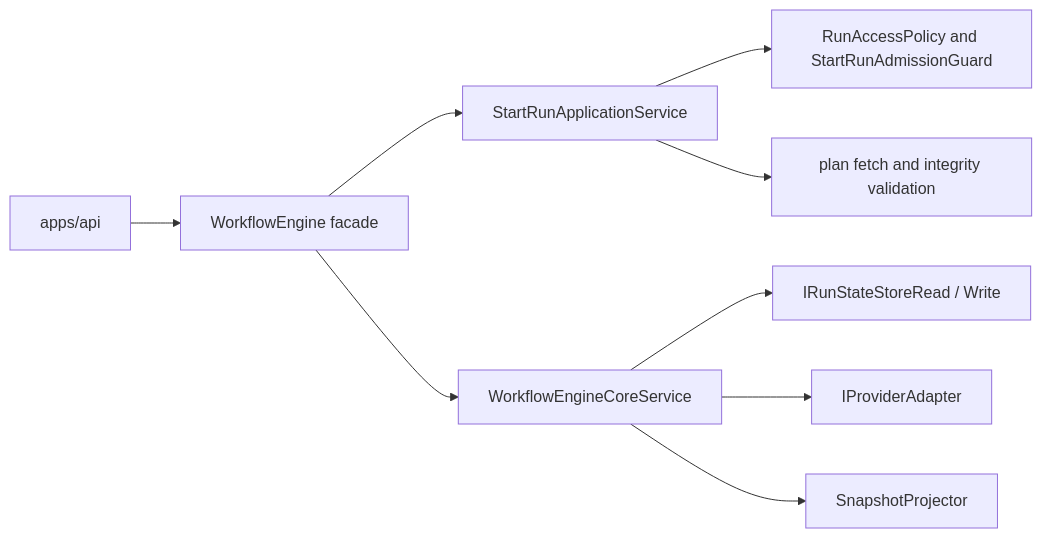
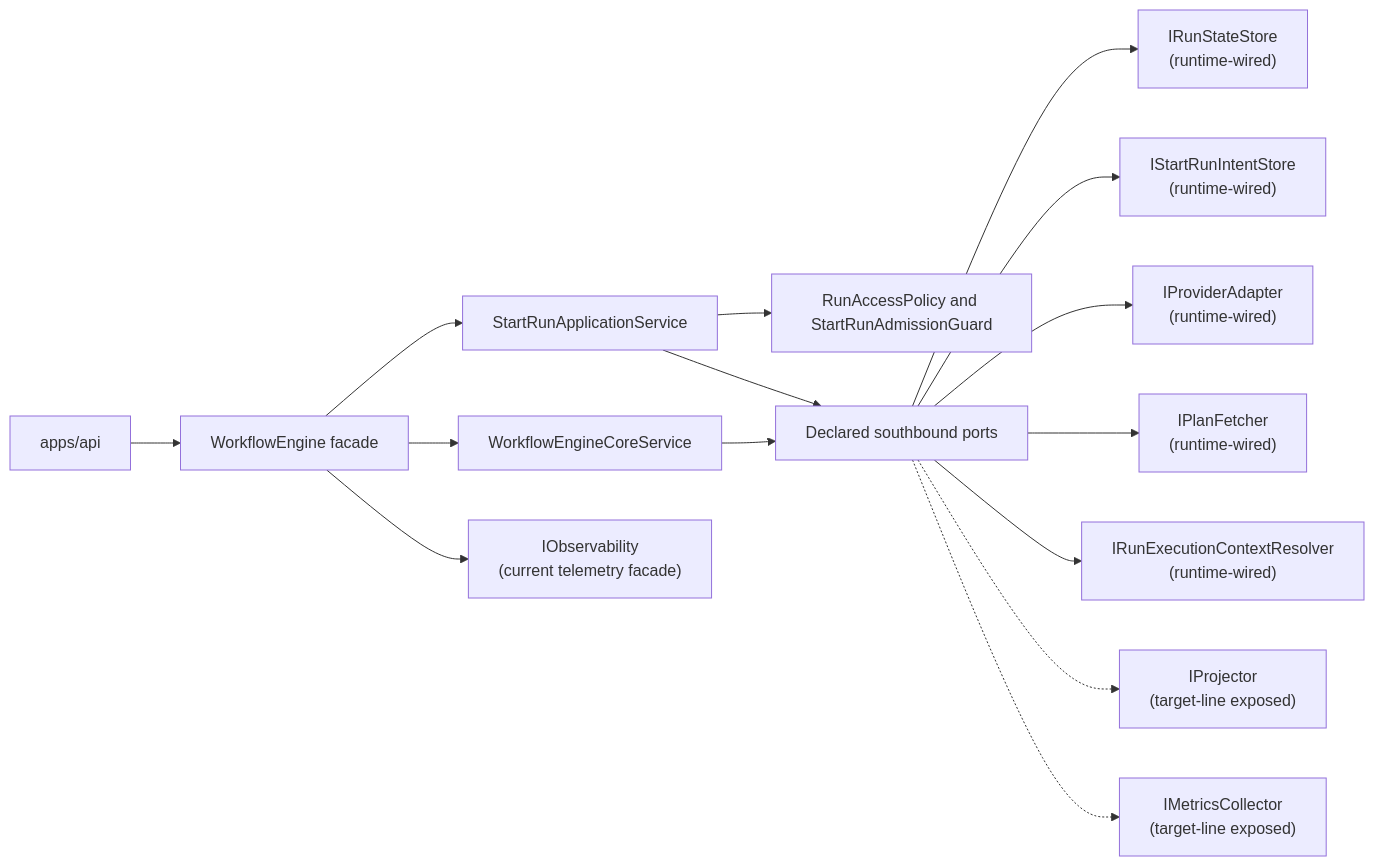
One commit to dunay2/dvt changed the diagram in docs/architecture/components/engine/index.md. Above: the diagram before and after it, drawn with Mermaid. The commit also changed other lines of this file and 7 other files, not shown here.

Commit message:
docs(docs): Align engine architecture surface documentation

````diff
--- a/docs/architecture/components/engine/index.md
+++ b/docs/architecture/components/engine/index.md
@@ -50,11 +74,17 @@
 ```mermaid
 flowchart LR
   Api["apps/api"] --> Engine["WorkflowEngine facade"]
   Engine --> StartRun["StartRunApplicationService"]
   Engine --> Core["WorkflowEngineCoreService"]
   StartRun --> Policy["RunAccessPolicy and StartRunAdmissionGuard"]
-  StartRun --> Plan["plan fetch and integrity validation"]
-  Core --> State["IRunStateStoreRead / Write"]
-  Core --> Providers["IProviderAdapter"]
-  Core --> Projector["SnapshotProjector"]
+  StartRun --> Ports["Declared southbound ports"]
+  Core --> Ports
+  Ports --> State["IRunStateStore<br/>(runtime-wired)"]
+  Ports --> Intent["IStartRunIntentStore<br/>(runtime-wired)"]
+  Ports --> Providers["IProviderAdapter<br/>(runtime-wired)"]
+  Ports --> Plan["IPlanFetcher<br/>(runtime-wired)"]
+  Ports --> RunCtx["IRunExecutionContextResolver<br/>(runtime-wired)"]
+  Ports -.-> Projector["IProjector<br/>(target-line exposed)"]
+  Ports -.-> Metrics["IMetricsCollector<br/>(target-line exposed)"]
+  Engine --> Obs["IObservability<br/>(current telemetry facade)"]
 ```
````
